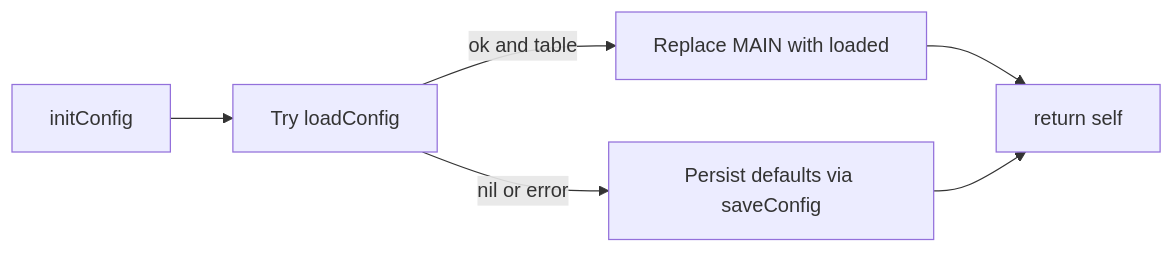
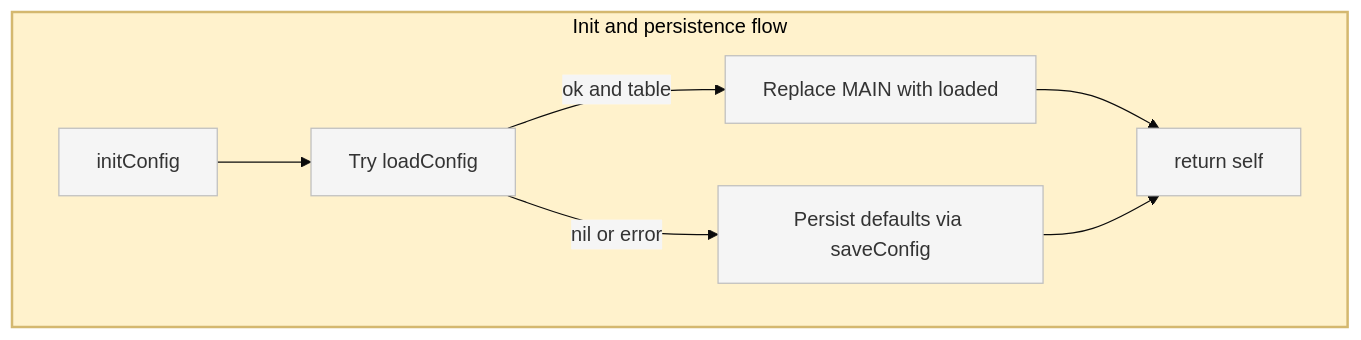
Before and after one commit to Gh0st352/AETHR: the first of 4 diagrams in docs/config/README.md, drawn with Mermaid. The commit also changed other lines of this file and 8 other files, not shown here.

First line of the commit message:
docs(config): enhance Mermaid diagrams with theme/layout

````diff
--- a/docs/config/README.md
+++ b/docs/config/README.md
@@ -19,8 +19,15 @@
 ```mermaid
-flowchart LR
-  I[initConfig] --> T[Try loadConfig]
-  T -->|ok and table| R[Replace MAIN with loaded]
-  T -->|nil or error| P[Persist defaults via saveConfig]
-  R --> RET[return self]
-  P --> RET
+%%{init: {"theme":"base", "themeVariables":{"primaryColor":"#f5f5f5"}}}%%
+flowchart TB
+  subgraph INIT_FLOW [Init and persistence flow]
+    style INIT_FLOW fill:#fff2cc,stroke:#d4b86f,stroke-width:2px
+    I[initConfig] --> T[Try loadConfig]
+    T -->|ok and table| R[Replace MAIN with loaded]
+    T -->|nil or error| P[Persist defaults via saveConfig]
+    R --> RET[return self]
+    P --> RET
+  end
+
+  classDef node fill:#f5f5f5,stroke:#bfbfbf
+  class I,T,R,P,RET node
 ```
````
